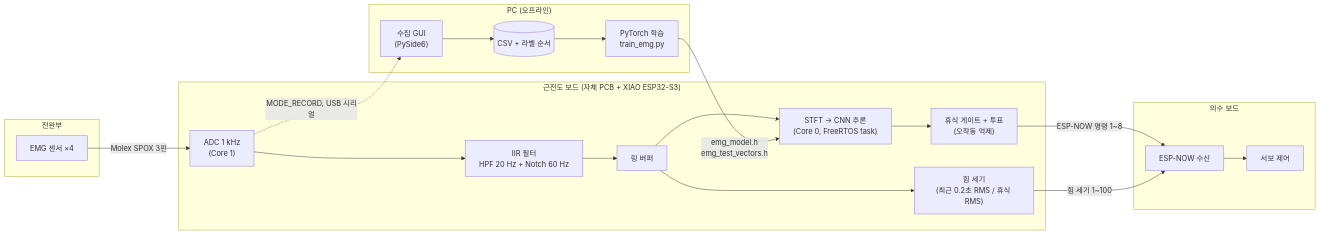
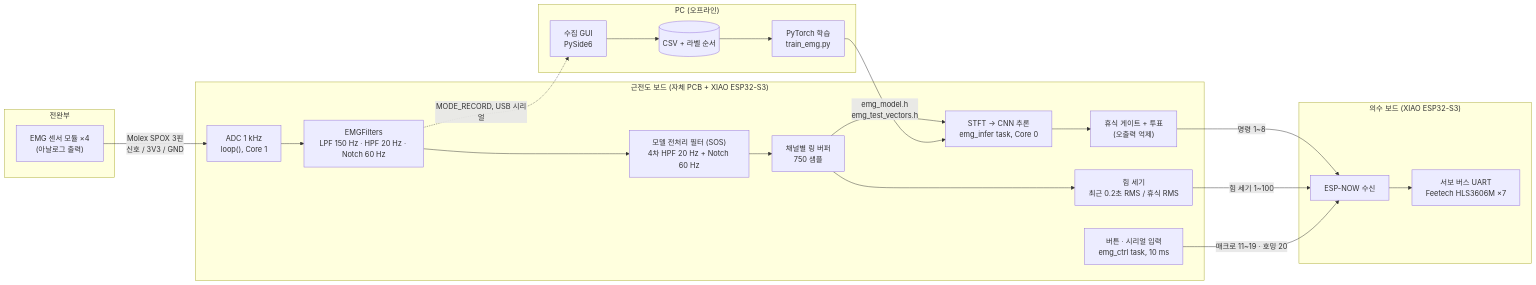
Before and after one commit to qetad13/rehand-emg-prosthesis: the diagram in README.md, drawn with Mermaid. The commit also changed other lines of this file, not shown here.

````diff
--- a/README.md
+++ b/README.md
@@ -65,26 +69,29 @@
 ```mermaid
 flowchart LR
     subgraph Arm["전완부"]
-        S1[EMG 센서 ×4]
+        S1["EMG 센서 모듈 ×4<br/>(아날로그 출력)"]
     end
     subgraph EMG["근전도 보드 (자체 PCB + XIAO ESP32-S3)"]
-        ADC["ADC 1 kHz<br/>(Core 1)"] --> F["IIR 필터<br/>HPF 20 Hz + Notch 60 Hz"]
-        F --> RB[링 버퍼]
-        RB --> INF["STFT → CNN 추론<br/>(Core 0, FreeRTOS task)"]
-        INF --> V["휴식 게이트 + 투표<br/>(오작동 억제)"]
-        RB --> ST["힘 세기<br/>(최근 0.2초 RMS / 휴식 RMS)"]
+        ADC["ADC 1 kHz<br/>loop(), Core 1"] --> F1["EMGFilters<br/>LPF 150 Hz · HPF 20 Hz · Notch 60 Hz"]
+        F1 --> F2["모델 전처리 필터 (SOS)<br/>4차 HPF 20 Hz + Notch 60 Hz"]
+        F2 --> RB["채널별 링 버퍼<br/>750 샘플"]
+        RB --> INF["STFT → CNN 추론<br/>emg_infer task, Core 0"]
+        INF --> V["휴식 게이트 + 투표<br/>(오출력 억제)"]
+        RB --> ST["힘 세기<br/>최근 0.2초 RMS / 휴식 RMS"]
+        BTN["버튼 · 시리얼 입력<br/>emg_ctrl task, 10 ms"]
     end
-    subgraph Hand["의수 보드"]
-        R[ESP-NOW 수신] --> SV[서보 제어]
+    subgraph Hand["의수 보드 (XIAO ESP32-S3)"]
+        R[ESP-NOW 수신] --> SV["서보 버스 UART<br/>Feetech HLS3606M ×7"]
     end
-    S1 -->|Molex SPOX 3핀| ADC
-    V -->|ESP-NOW 명령 1~8| R
-    ST -->|힘 세기 1~100| R
+    S1 -->|"Molex SPOX 3핀<br/>신호 / 3V3 / GND"| ADC
+    V -->|"명령 1~8"| R
+    ST -->|"힘 세기 1~100"| R
+    BTN -->|"매크로 11~19 · 호밍 20"| R
 
     subgraph PC["PC (오프라인)"]
-        GUI["수집 GUI<br/>(PySide6)"] --> CSV[(CSV + 라벨 순서)]
+        GUI["수집 GUI<br/>PySide6"] --> CSV[(CSV + 라벨 순서)]
         CSV --> TR["PyTorch 학습<br/>train_emg.py"]
         TR -->|"emg_model.h<br/>emg_test_vectors.h"| INF
     end
-    ADC -.->|MODE_RECORD, USB 시리얼| GUI
+    F1 -.->|"MODE_RECORD, USB 시리얼"| GUI
 ```
````
